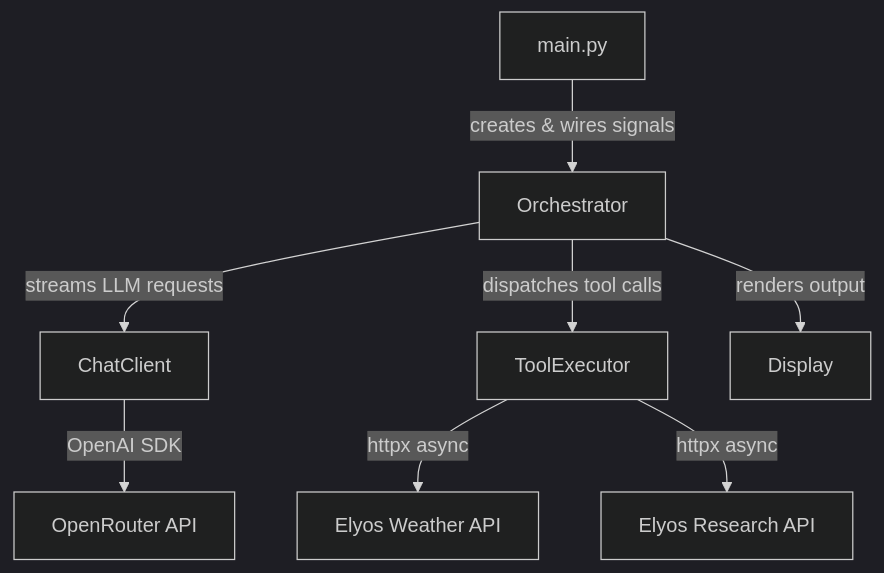
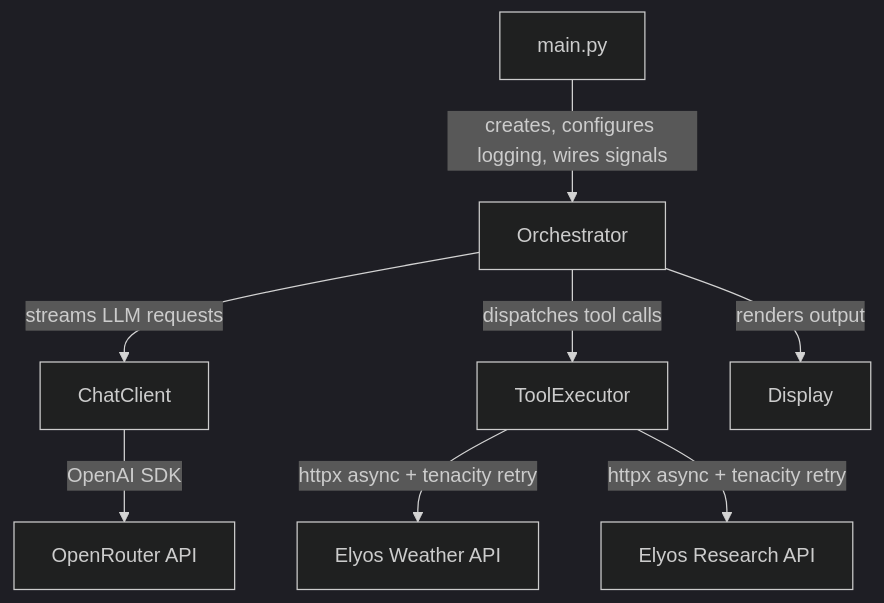
Before and after one commit to codexceed/cli-chat: the first of 5 diagrams in ARCHITECTURE.md, drawn with Mermaid (dark theme). The commit also changed other lines of this file and 1 other file, not shown here.

First line of the commit message:
Update CLAUDE.md and ARCHITECTURE.md for recent changes

````diff
--- a/ARCHITECTURE.md
+++ b/ARCHITECTURE.md
@@ -7,10 +7,10 @@
 ```mermaid
 graph TD
-    A[main.py] -->|creates & wires signals| B[Orchestrator]
+    A[main.py] -->|creates, configures logging, wires signals| B[Orchestrator]
     B -->|streams LLM requests| C[ChatClient]
     B -->|dispatches tool calls| D[ToolExecutor]
     B -->|renders output| E[Display]
     C -->|OpenAI SDK| F[OpenRouter API]
-    D -->|httpx async| G[Elyos Weather API]
-    D -->|httpx async| H[Elyos Research API]
+    D -->|httpx async + tenacity retry| G[Elyos Weather API]
+    D -->|httpx async + tenacity retry| H[Elyos Research API]
 ```
````
